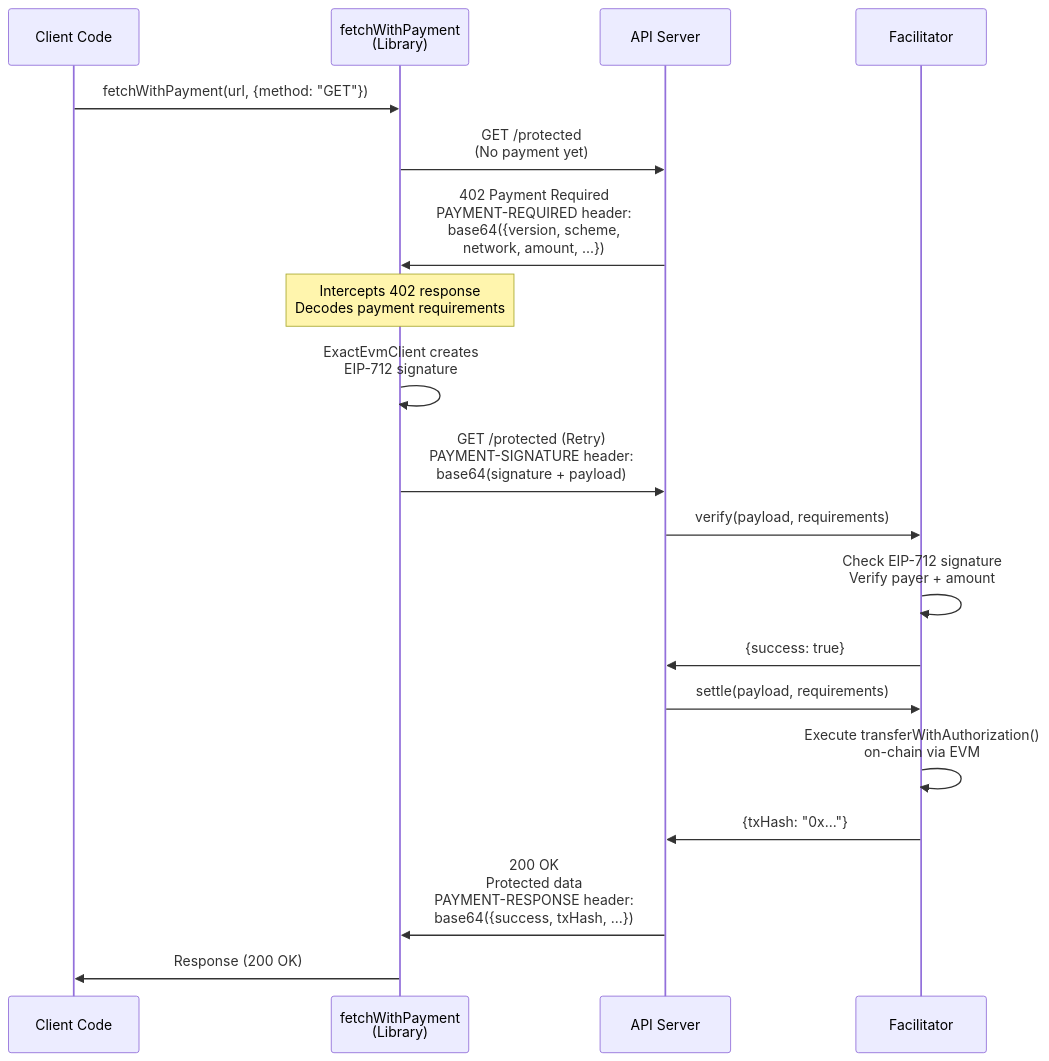
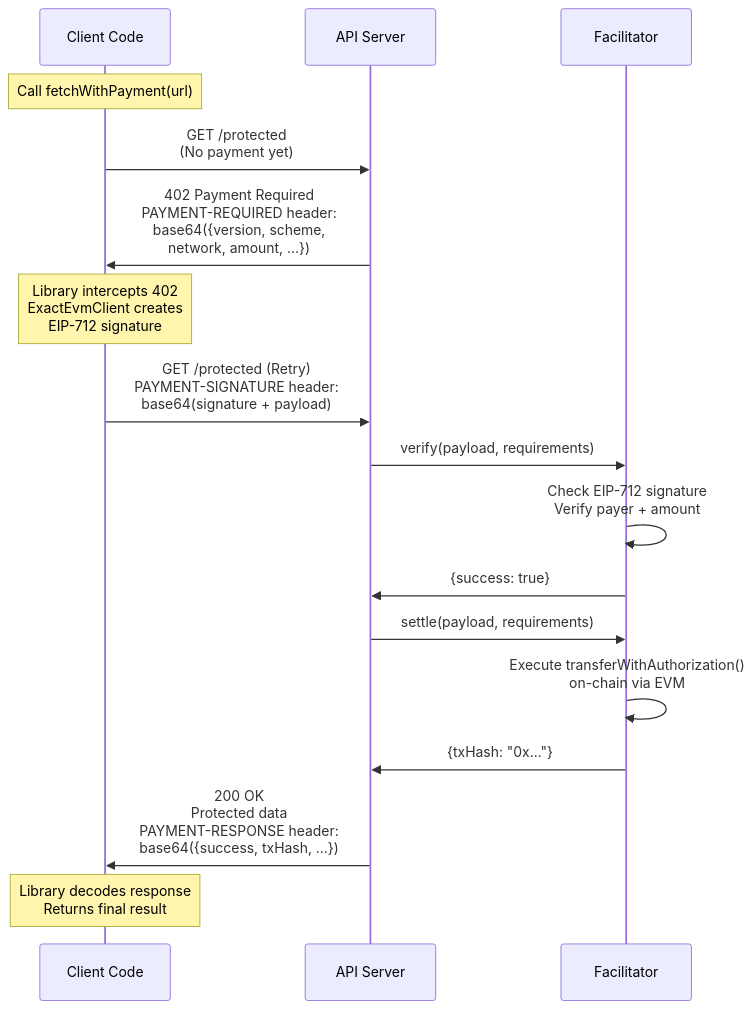
Before and after one commit to ryanRfox/x402: the diagram in docs/00-getting-started/quick-start-client.md, drawn with Mermaid. The commit also changed other lines of this file, not shown here.

Commit message:
docs: simplify payment flow diagram to show only real actors
- Remove fetchWithPayment as participant (it's part of Client Code, not a separate actor)
- Keep only the 3 real entities: Client Code, API Server, Facilitator
- Use Note boxes to document library internals (interception, signing, decoding)
- Cleaner diagram focusing on protocol flow rather than implementation details
- Consistent with the principle: don't call out library functions if all aren't shown
- Updated description to say flow is 'transparent' rather than 'hidden'

````diff
--- a/docs/00-getting-started/quick-start-client.md
+++ b/docs/00-getting-started/quick-start-client.md
@@ -367,30 +367,27 @@
 ```mermaid
 sequenceDiagram
     participant Client as Client Code
-    participant FetchLib as fetchWithPayment<br/>(Library)
     participant Server as API Server
     participant Facilitator as Facilitator
 
-    Client->>FetchLib: fetchWithPayment(url, {method: "GET"})
+    Note over Client: Call fetchWithPayment(url)
 
-    FetchLib->>Server: GET /protected<br/>(No payment yet)
-    Server->>FetchLib: 402 Payment Required<br/>PAYMENT-REQUIRED header:<br/>base64({version, scheme,<br/>network, amount, ...})
+    Client->>Server: GET /protected<br/>(No payment yet)
+    Server->>Client: 402 Payment Required<br/>PAYMENT-REQUIRED header:<br/>base64({version, scheme,<br/>network, amount, ...})
 
-    Note over FetchLib: Intercepts 402 response<br/>Decodes payment requirements
+    Note over Client: Library intercepts 402<br/>ExactEvmClient creates<br/>EIP-712 signature
 
-    FetchLib->>FetchLib: ExactEvmClient creates<br/>EIP-712 signature
-
-    FetchLib->>Server: GET /protected (Retry)<br/>PAYMENT-SIGNATURE header:<br/>base64(signature + payload)
+    Client->>Server: GET /protected (Retry)<br/>PAYMENT-SIGNATURE header:<br/>base64(signature + payload)
 
     Server->>Facilitator: verify(payload, requirements)
     Facilitator->>Facilitator: Check EIP-712 signature<br/>Verify payer + amount
     Facilitator->>Server: {success: true}
 
     Server->>Facilitator: settle(payload, requirements)
     Facilitator->>Facilitator: Execute transferWithAuthorization()<br/>on-chain via EVM
     Facilitator->>Server: {txHash: "0x..."}
 
-    Server->>FetchLib: 200 OK<br/>Protected data<br/>PAYMENT-RESPONSE header:<br/>base64({success, txHash, ...})
+    Server->>Client: 200 OK<br/>Protected data<br/>PAYMENT-RESPONSE header:<br/>base64({success, txHash, ...})
 
-    FetchLib->>Client: Response (200 OK)
+    Note over Client: Library decodes response<br/>Returns final result
 ```
````
